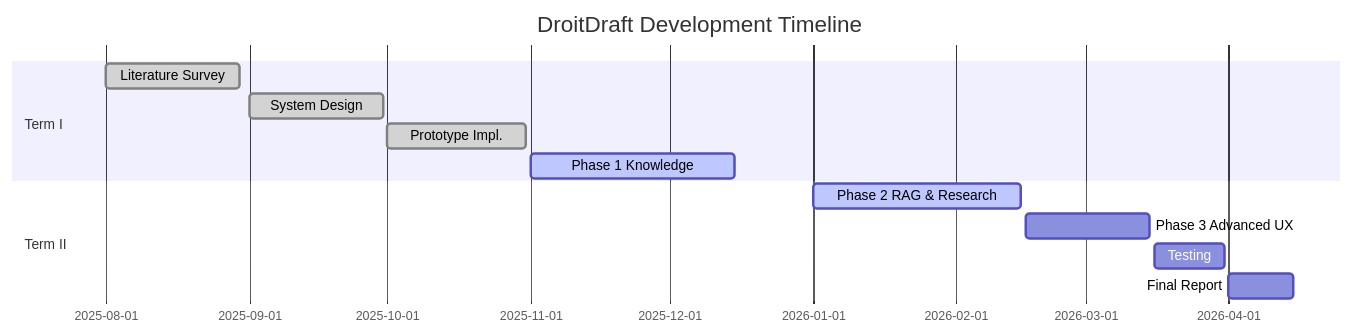
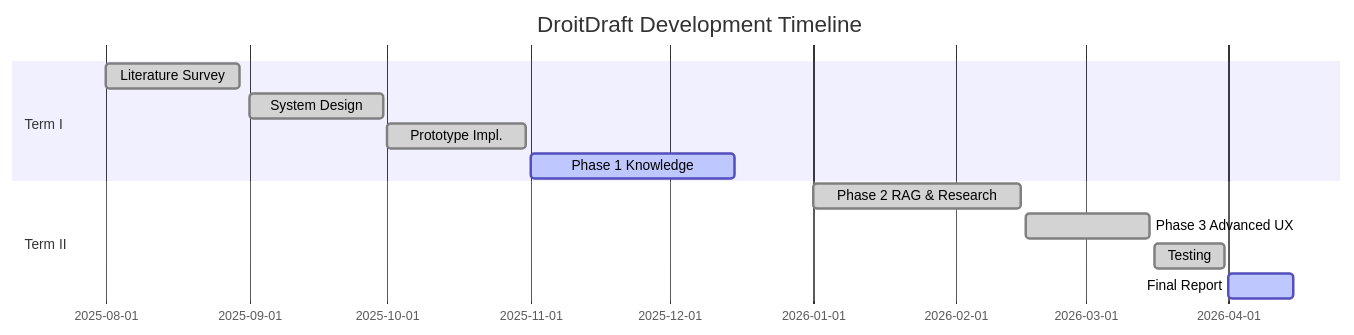
Before and after one commit to delisha02/droitdraft: the sixth of 6 diagrams in docs/analysis_modeling.md, drawn with Mermaid. The commit also changed other lines of this file and 26 other files, not shown here.

````diff
--- a/docs/analysis_modeling.md
+++ b/docs/analysis_modeling.md
@@ -156,15 +156,15 @@
 ```mermaid
 gantt
     title DroitDraft Development Timeline
     dateFormat  YYYY-MM-DD
     section Term I
     Literature Survey       :done,    des1, 2025-08-01, 2025-08-30
     System Design           :done,    des2, 2025-09-01, 2025-09-30
     Prototype Impl.         :done,    des3, 2025-10-01, 2025-10-31
     Phase 1 Knowledge       :active,  des4, 2025-11-01, 2025-12-15
     section Term II
-    Phase 2 RAG & Research  :active,  dev1, 2026-01-01, 2026-02-15
-    Phase 3 Advanced UX     :         dev2, 2026-02-16, 2026-03-15
-    Testing                 :         dev3, 2026-03-16, 2026-03-31
-    Final Report            :         dev4, 2026-04-01, 2026-04-15
+    Phase 2 RAG & Research  :done,    dev1, 2026-01-01, 2026-02-15
+    Phase 3 Advanced UX     :done,    dev2, 2026-02-16, 2026-03-15
+    Testing                 :done,    dev3, 2026-03-16, 2026-03-31
+    Final Report            :active,  dev4, 2026-04-01, 2026-04-15
 ```
````
